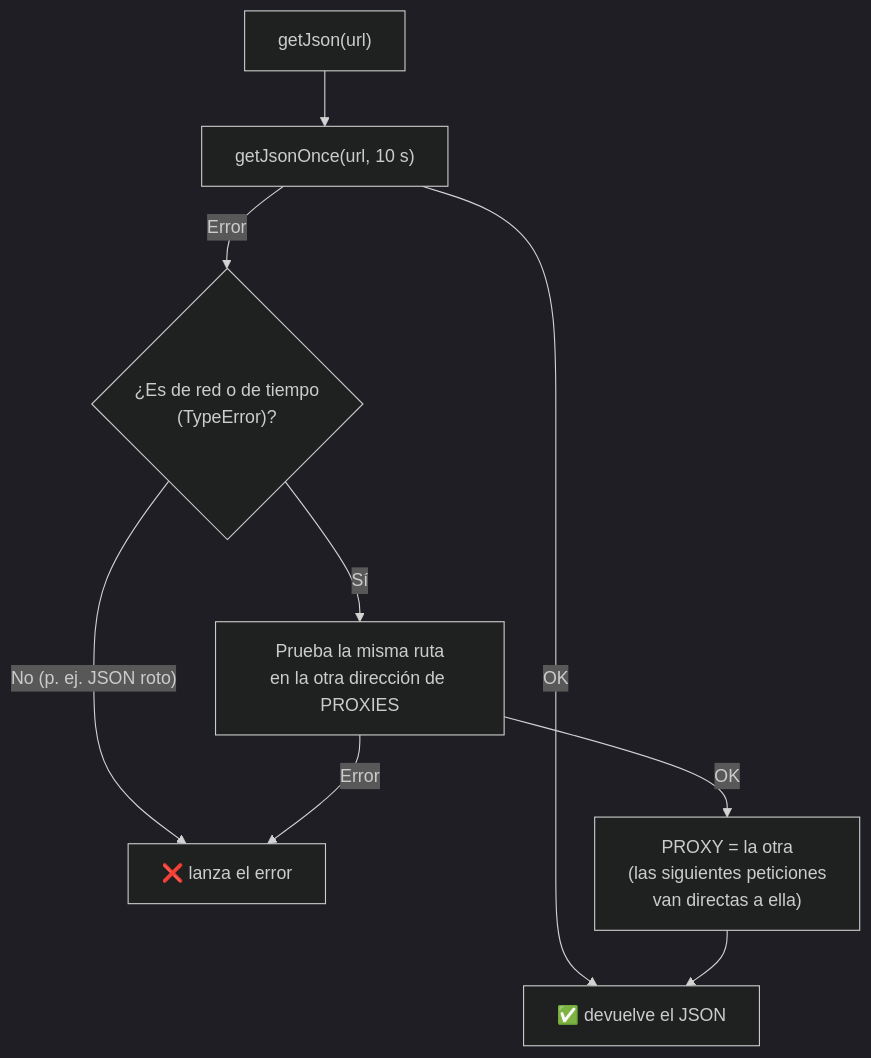
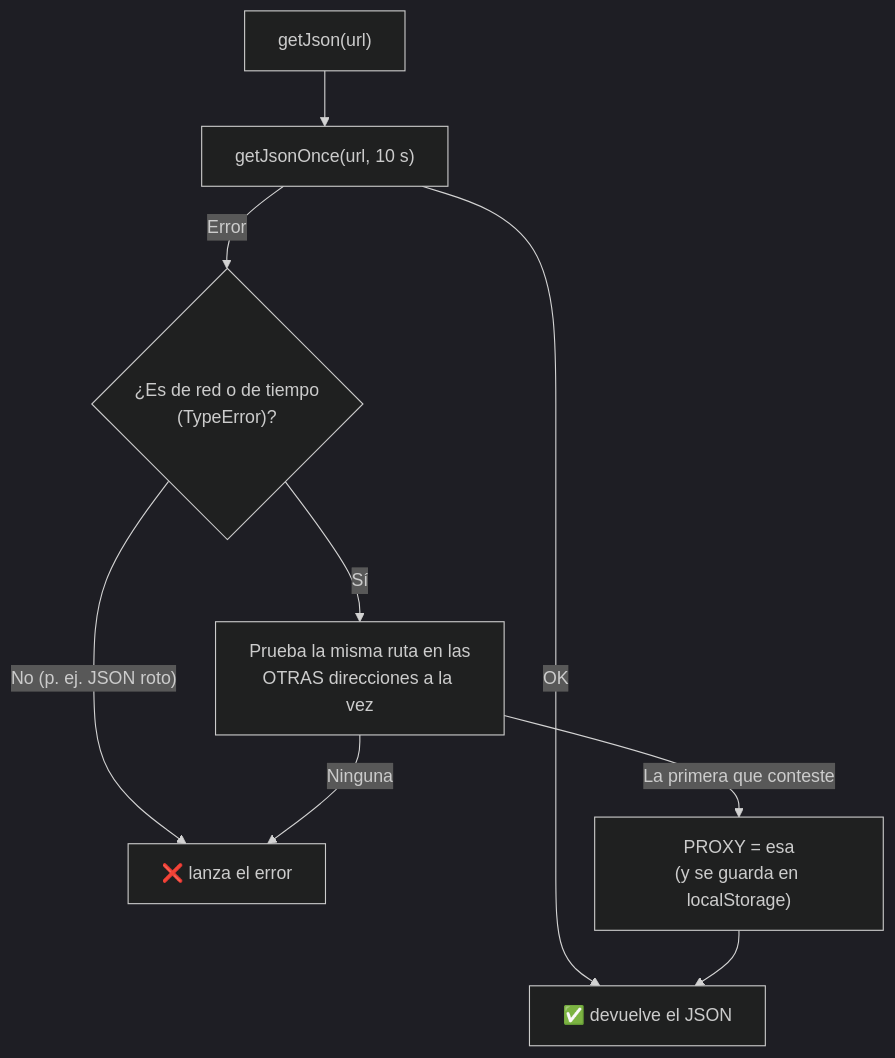
One commit to serbenda/marquesina changed the eighth of 31 diagrams in docs/REFERENCIA.md. Above: the diagram before and after it, drawn with Mermaid (dark theme). The commit also changed other lines of this file and 13 other files, not shown here.

````diff
--- a/docs/REFERENCIA.md
+++ b/docs/REFERENCIA.md
@@ -203,10 +203,10 @@
 ```mermaid
 flowchart TB
   A["getJson(url)"] --> B["getJsonOnce(url, 10 s)"]
   B -- "OK" --> Z["✅ devuelve el JSON"]
   B -- "Error" --> C{"¿Es de red o de tiempo<br/>(TypeError)?"}
   C -- "No (p. ej. JSON roto)" --> X["❌ lanza el error"]
-  C -- "Sí" --> D["Prueba la misma ruta<br/>en la otra dirección de PROXIES"]
-  D -- "OK" --> E["PROXY = la otra<br/>(las siguientes peticiones<br/>van directas a ella)"] --> Z
-  D -- "Error" --> X
+  C -- "Sí" --> D["Prueba la misma ruta en las<br/>OTRAS direcciones a la vez"]
+  D -- "La primera que conteste" --> E["PROXY = esa<br/>(y se guarda en localStorage)"] --> Z
+  D -- "Ninguna" --> X
 ```
````
